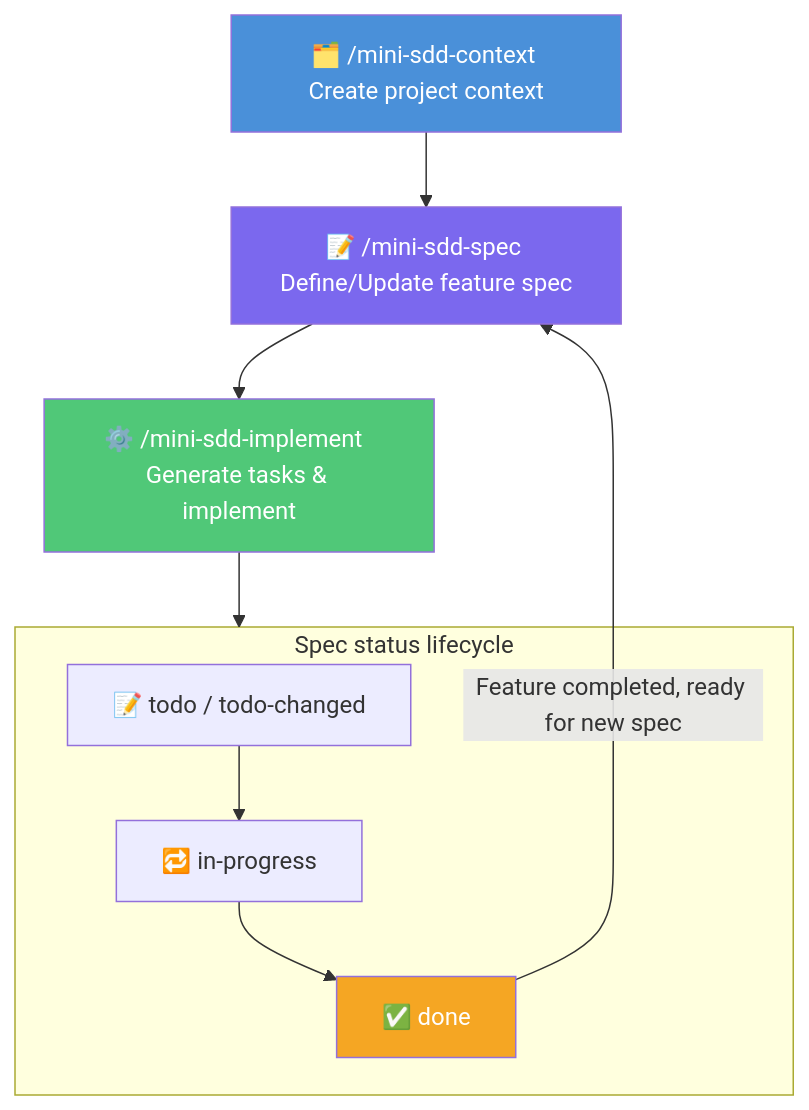
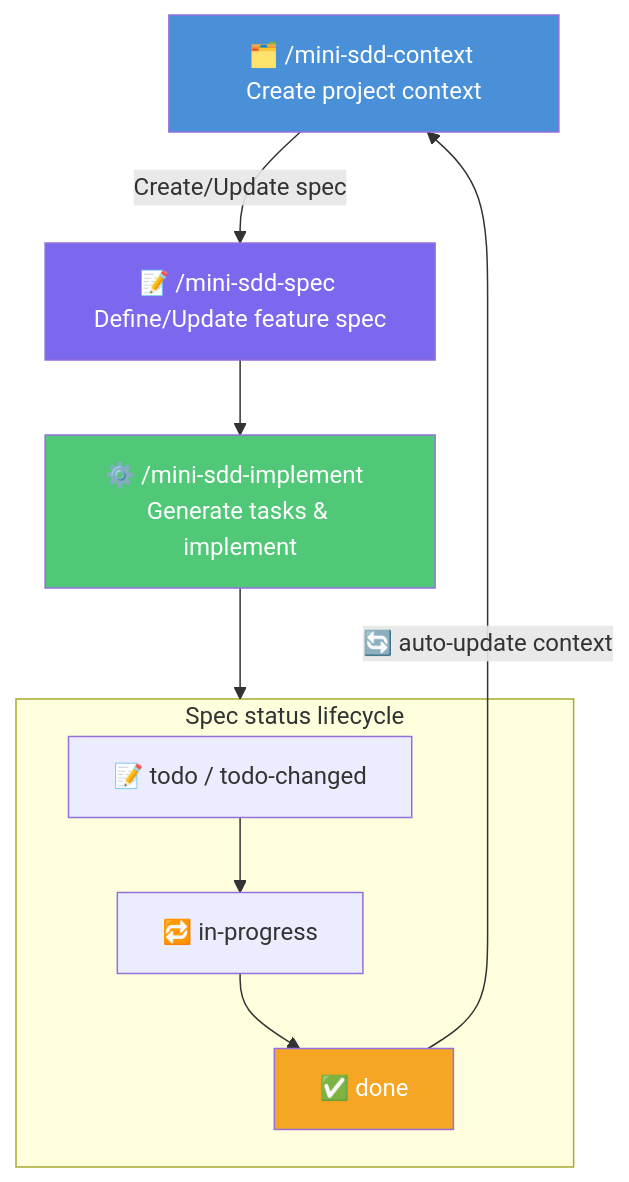
One commit to AlessioScarfone/aine-copilot-plugins changed the diagram in src/mini-sdd/README.md. Above: the diagram before and after it, drawn with Mermaid. The commit also changed other lines of this file and 1 other file, not shown here.

Commit message:
feat: enhance context auto-update process in SKILL.md and README

````diff
--- a/src/mini-sdd/README.md
+++ b/src/mini-sdd/README.md
@@ -102,20 +102,20 @@
 ```mermaid
 flowchart TD
-    CTX["🗂️ /mini-sdd-context Create project context"] --> SPEC
+    CTX["🗂️ /mini-sdd-context Create project context"] --> |"Create/Update spec"|SPEC
 
     SPEC["📝 /mini-sdd-spec Define/Update feature spec"] --> IMPL
     IMPL["⚙️ /mini-sdd-implement <spec> Generate tasks & implement"] --> spec-flow
 
     subgraph spec-flow["Spec status lifecycle"]
         TODO["📝 todo / todo-changed"] --> PROGRESS["🔁 in-progress"] --> DONE["✅ done"]
     end
 
-    DONE --> | Feature completed, ready for new spec | SPEC 
+    DONE -->|"🔄 auto-update context"| CTX
 
     style CTX fill:#4A90D9,color:#fff
     style SPEC fill:#7B68EE,color:#fff
     style IMPL fill:#50C878,color:#fff
     style DONE fill:#F5A623,color:#fff
 
     
 ```
````
